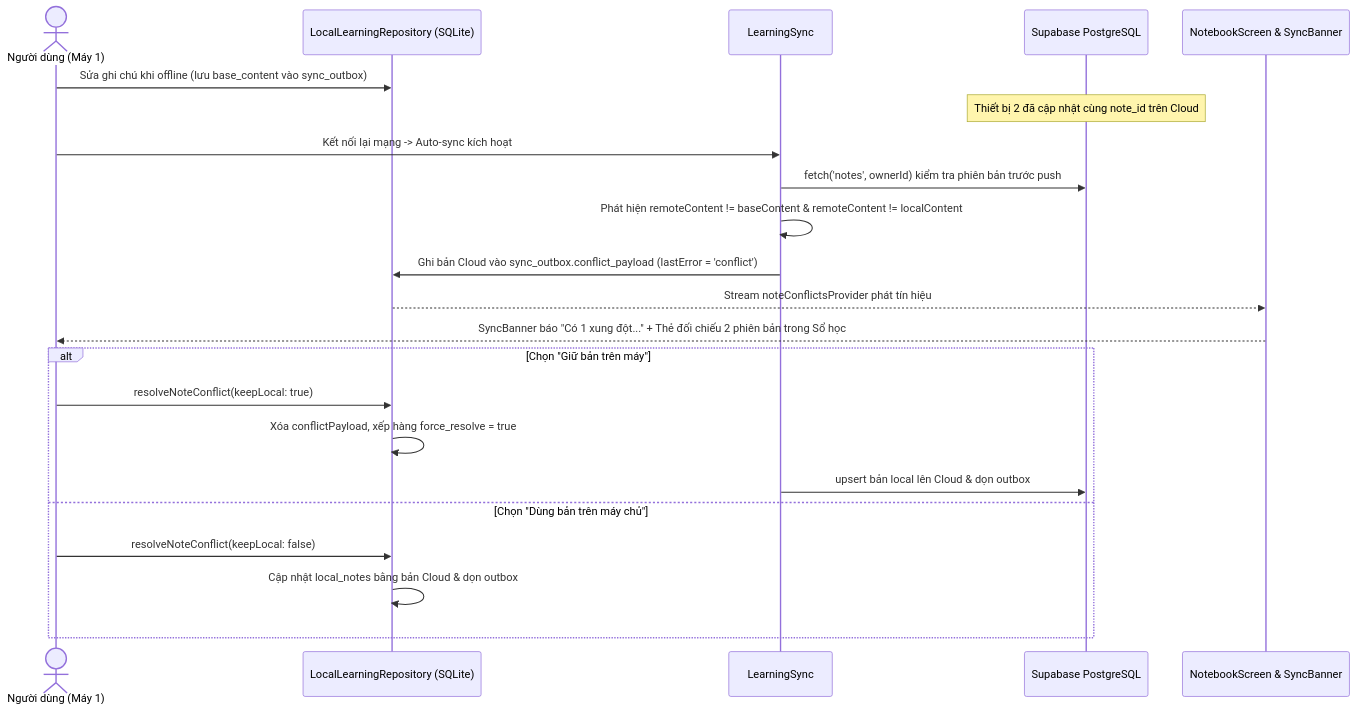
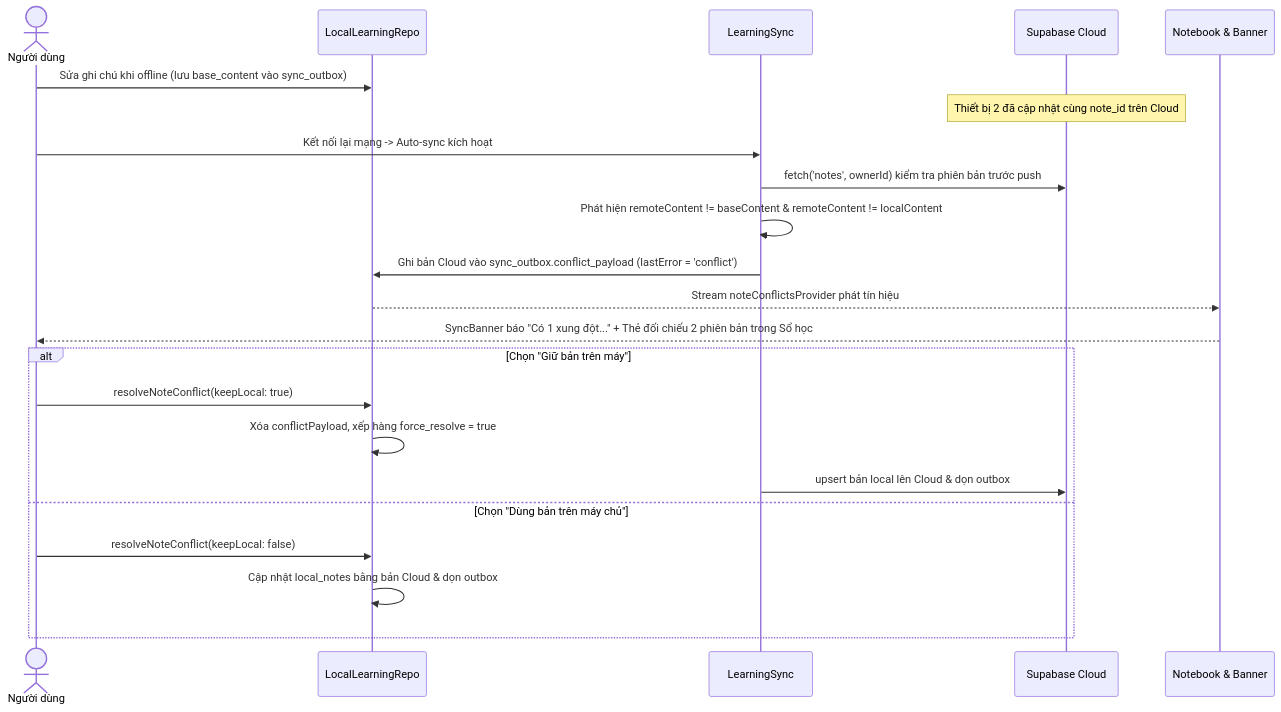
Before and after one commit to bunly-app/bunly: the second of 2 diagrams in documents/reports/Capstone-Report-3-AI-Testing.md, drawn with Mermaid. The commit also changed other lines of this file, not shown here.

Commit message:
docs(reports): improve Mermaid diagram layout for Report 3 PDF readability

````diff
--- a/documents/reports/Capstone-Report-3-AI-Testing.md
+++ b/documents/reports/Capstone-Report-3-AI-Testing.md
@@ -139,25 +142,25 @@
 ```mermaid
 sequenceDiagram
-    actor User as Người dùng (Máy 1)
-    participant Repo as LocalLearningRepository (SQLite)
+    actor User as Người dùng
+    participant Repo as LocalLearningRepo
     participant Worker as LearningSync
-    participant Cloud as Supabase PostgreSQL
-    participant UI as NotebookScreen & SyncBanner
+    participant Cloud as Supabase Cloud
+    participant UI as Notebook & Banner
 
     User->>Repo: Sửa ghi chú khi offline (lưu base_content vào sync_outbox)
     Note over Cloud: Thiết bị 2 đã cập nhật cùng note_id trên Cloud
     User->>Worker: Kết nối lại mạng -> Auto-sync kích hoạt
     Worker->>Cloud: fetch('notes', ownerId) kiểm tra phiên bản trước push
     Worker->>Worker: Phát hiện remoteContent != baseContent & remoteContent != localContent
     Worker->>Repo: Ghi bản Cloud vào sync_outbox.conflict_payload (lastError = 'conflict')
     Repo-->>UI: Stream noteConflictsProvider phát tín hiệu
     UI-->>User: SyncBanner báo "Có 1 xung đột..." + Thẻ đối chiếu 2 phiên bản trong Sổ học
     alt Chọn "Giữ bản trên máy"
         User->>Repo: resolveNoteConflict(keepLocal: true)
         Repo->>Repo: Xóa conflictPayload, xếp hàng force_resolve = true
         Worker->>Cloud: upsert bản local lên Cloud & dọn outbox
     else Chọn "Dùng bản trên máy chủ"
         User->>Repo: resolveNoteConflict(keepLocal: false)
         Repo->>Repo: Cập nhật local_notes bằng bản Cloud & dọn outbox
     end
 ```
````
